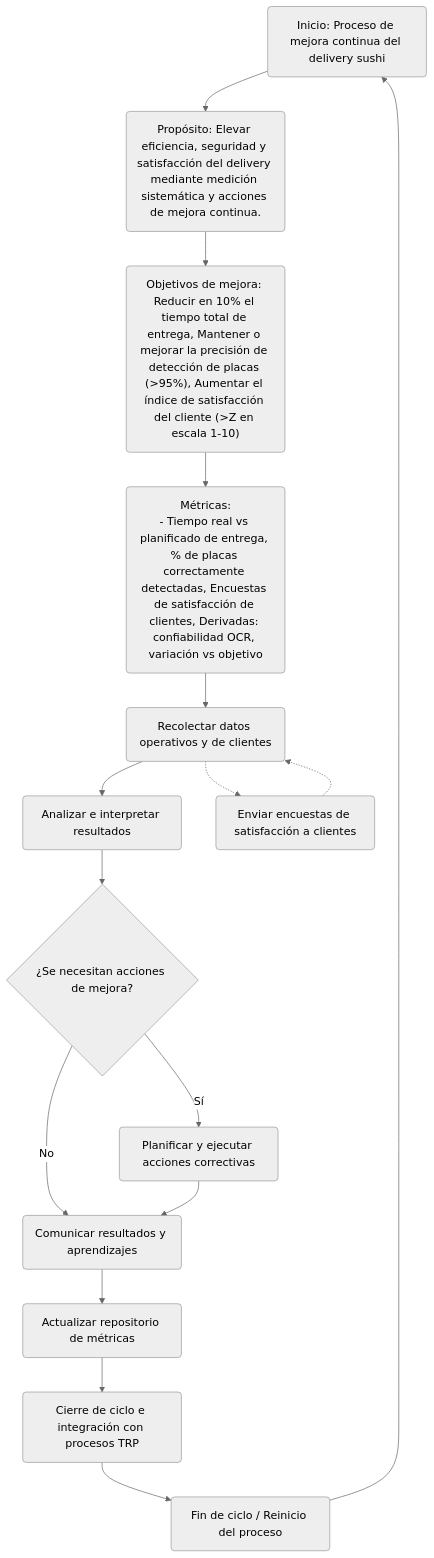
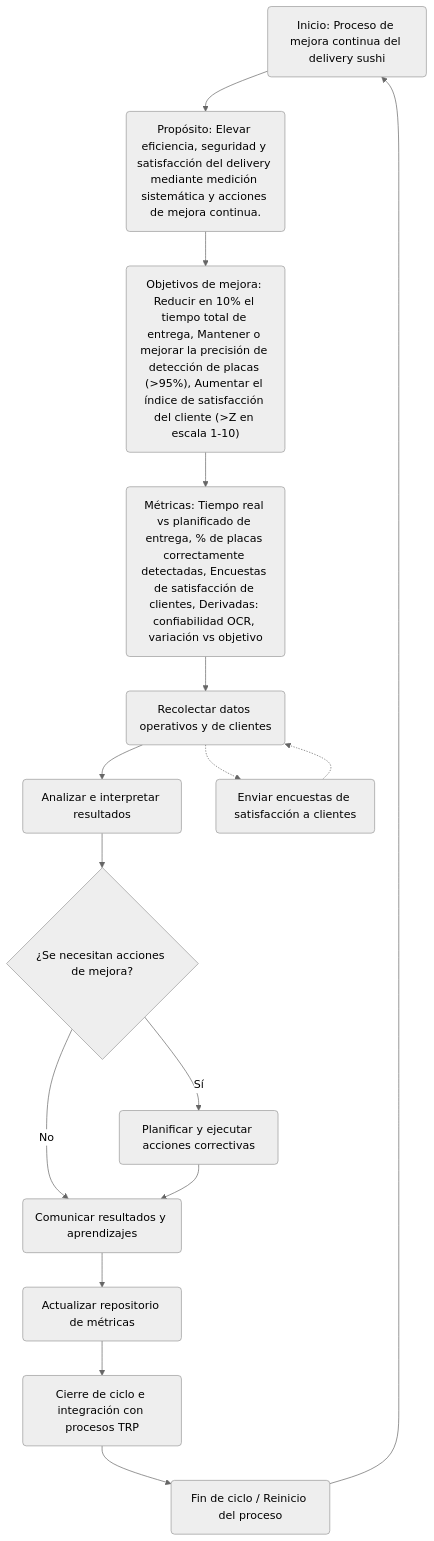
One commit to titoruizh/Sushi changed the diagram in README.md. Above: the diagram before and after it, drawn with Mermaid (neutral theme).

Commit message:
Fix formatting of metrics section in README
Removed newline from metrics section in README.

````diff
--- a/README.md
+++ b/README.md
@@ -3,33 +3,33 @@
 ```mermaid
 flowchart TD
     A("Inicio: Proceso de mejora continua del delivery sushi")
     B("Propósito: Elevar eficiencia, seguridad y satisfacción del delivery mediante medición sistemática y acciones de mejora continua.")
     C("Objetivos de mejora: Reducir en 10% el tiempo total de entrega, Mantener o mejorar la precisión de detección de placas (>95%), Aumentar el índice de satisfacción del cliente (>Z en escala 1-10)")
-    D("Métricas:\n- Tiempo real vs planificado de entrega, % de placas correctamente detectadas, Encuestas de satisfacción de clientes, Derivadas: confiabilidad OCR, variación vs objetivo")
+    D("Métricas: Tiempo real vs planificado de entrega, % de placas correctamente detectadas, Encuestas de satisfacción de clientes, Derivadas: confiabilidad OCR, variación vs objetivo")
     E("Recolectar datos operativos y de clientes")
     F("Analizar e interpretar resultados")
     G{"¿Se necesitan acciones de mejora?"}
     H("Planificar y ejecutar acciones correctivas")
     I("Comunicar resultados y aprendizajes")
     J("Actualizar repositorio de métricas")
     K("Cierre de ciclo e integración con procesos TRP")
     L("Fin de ciclo / Reinicio del proceso")
 
     A --> B
     B --> C
     C --> D
     D --> E
     E --> F
     F --> G
     G -- Sí --> H
     G -- No --> I
     H --> I
     I --> J
     J --> K
     K --> L
     L --> A
 
     %% Flujo externo (cliente)
     E -.-> M("Enviar encuestas de satisfacción a clientes")
     M -.-> E
 ```
````
